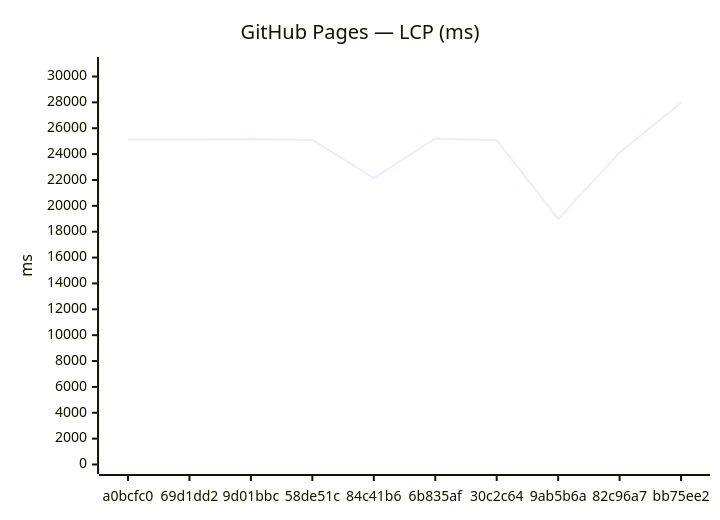
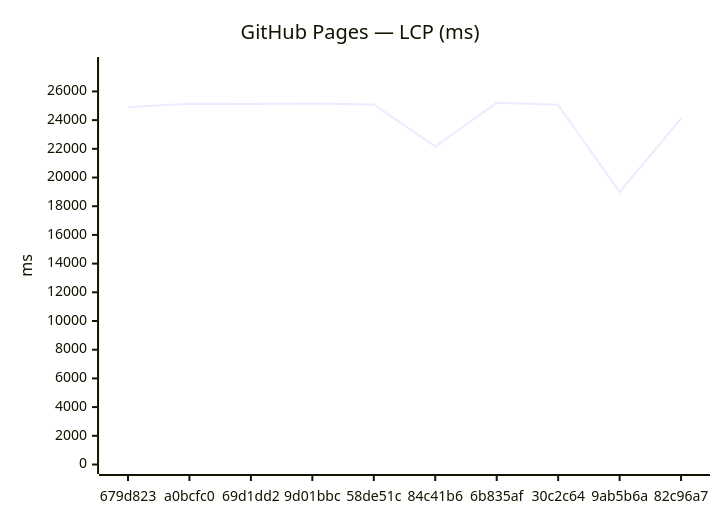
The third of 12 diagrams in benchmarks/compare.md (Metaheurist/Rianell), drawn with Mermaid before and after one commit. The commit also changed other lines of this file and 8 other files, not shown here.

````diff
--- a/benchmarks/compare.md
+++ b/benchmarks/compare.md
@@ -54,7 +54,7 @@
 ```mermaid
 xychart-beta
     title "GitHub Pages — LCP (ms)"
-    x-axis ["a0bcfc0", "69d1dd2", "9d01bbc", "58de51c", "84c41b6", "6b835af", "30c2c64", "9ab5b6a", "82c96a7", "bb75ee2"]
-    y-axis "ms" 0 --> 30774
-    line [25139, 25124, 25162, 25092, 22152, 25215, 25064, 18985, 24113, 27976]
+    x-axis ["679d823", "a0bcfc0", "69d1dd2", "9d01bbc", "58de51c", "84c41b6", "6b835af", "30c2c64", "9ab5b6a", "82c96a7"]
+    y-axis "ms" 0 --> 27737
+    line [24900, 25139, 25124, 25162, 25092, 22152, 25215, 25064, 18985, 24113]
 ```
````
